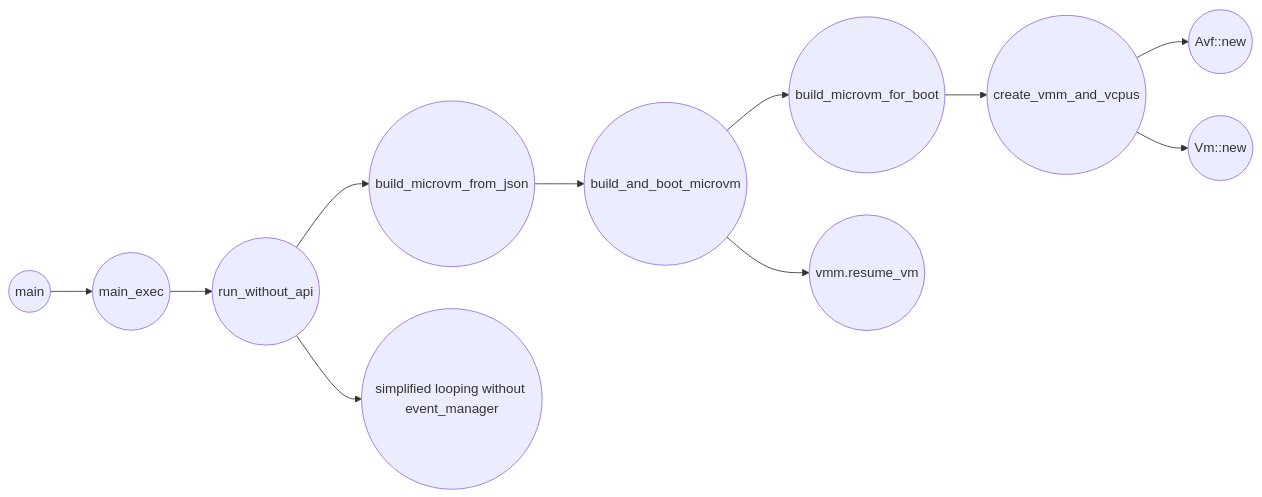
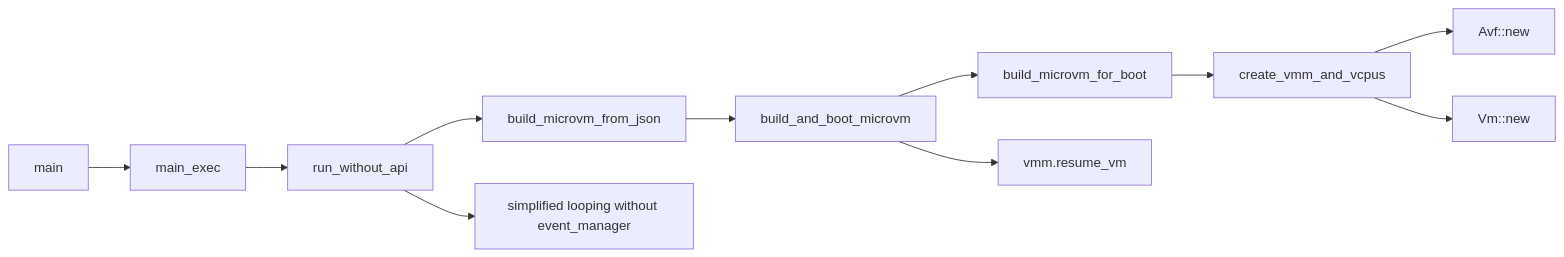
Before and after one commit to drink7036290/firecracker: the second of 2 diagrams in docs/macos-avf-notes.md, drawn with Mermaid.

Commit message:
chore: change circle into rectangle in mermaid graph

````diff
--- a/docs/macos-avf-notes.md
+++ b/docs/macos-avf-notes.md
@@ -484,13 +484,13 @@
 ```mermaid
 flowchart LR
-    main((main)) --> main_exec((main_exec))
-    main_exec --> run_without_api((run_without_api))
-    run_without_api --> build_microvm_from_json((build_microvm_from_json))
-    build_microvm_from_json --> build_and_boot_microvm((build_and_boot_microvm))
-    build_and_boot_microvm --> build_microvm_for_boot((build_microvm_for_boot))
-    build_microvm_for_boot --> create_vmm_and_vcpus((create_vmm_and_vcpus))
-    create_vmm_and_vcpus --> Avf_new((Avf::new))
-    create_vmm_and_vcpus --> Vm_new((Vm::new))
-    build_and_boot_microvm --> vmm_resume((vmm.resume_vm))
-    run_without_api --> simplified_looping((simplified looping without event_manager))
+    main["main"] --> main_exec["main_exec"]
+    main_exec --> run_without_api["run_without_api"]
+    run_without_api --> build_microvm_from_json["build_microvm_from_json"]
+    build_microvm_from_json --> build_and_boot_microvm["build_and_boot_microvm"]
+    build_and_boot_microvm --> build_microvm_for_boot["build_microvm_for_boot"]
+    build_microvm_for_boot --> create_vmm_and_vcpus["create_vmm_and_vcpus"]
+    create_vmm_and_vcpus --> Avf_new["Avf::new"]
+    create_vmm_and_vcpus --> Vm_new["Vm::new"]
+    build_and_boot_microvm --> vmm_resume["vmm.resume_vm"]
+    run_without_api --> simplified_looping["simplified looping without event_manager"]
 ```
````
